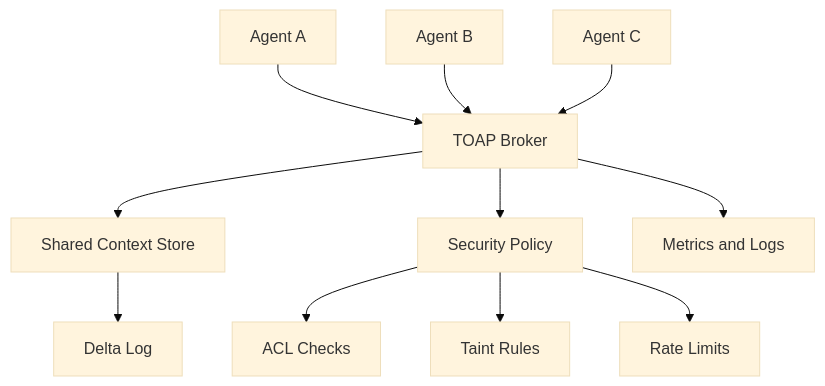
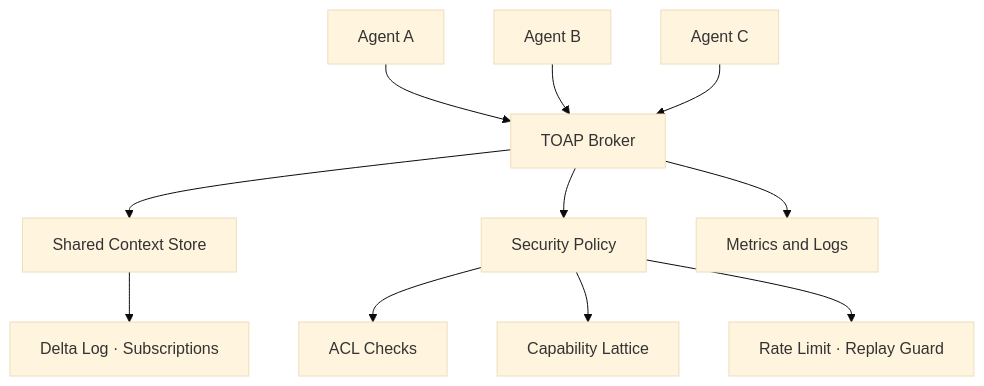
Before and after one commit to parnish007/TOAP: the third of 3 diagrams in README.md, drawn with Mermaid (base theme). The commit also changed other lines of this file, not shown here.

Commit message:
Polish README: animated header, mermaid benchmark charts, honest hook, collapsible protocol/security, citation + footer

````diff
--- a/README.md
+++ b/README.md
@@ -103,13 +175,13 @@
 ```mermaid
 flowchart TD
     A["Agent A"] --> B["TOAP Broker"]
     C["Agent B"] --> B
     D["Agent C"] --> B
     B --> S["Shared Context Store"]
     B --> P["Security Policy"]
     P --> ACL["ACL Checks"]
-    P --> T["Taint Rules"]
-    P --> R["Rate Limits"]
-    S --> DLT["Delta Log"]
+    P --> T["Capability Lattice"]
+    P --> R["Rate Limit · Replay Guard"]
+    S --> DLT["Delta Log · Subscriptions"]
     B --> M["Metrics and Logs"]
 ```
````
